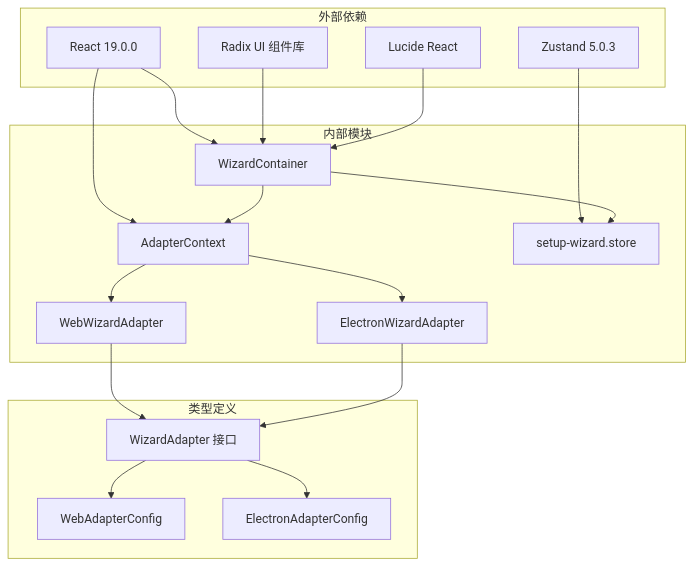
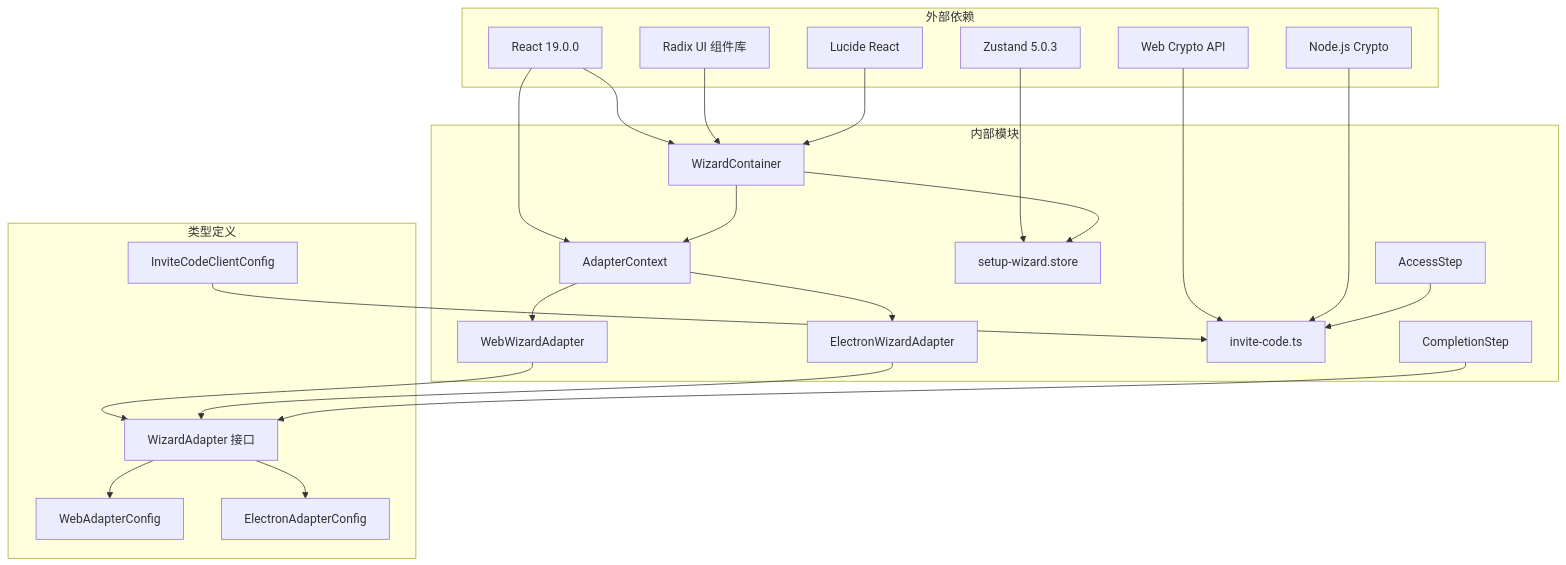
One commit to verse-ai-org/openclaw changed the ninth of 9 diagrams in .qoder/repowiki/zh/content/设置向导适配器.md. Above: the diagram before and after it, drawn with Mermaid. The commit also changed other lines of this file and 24 other files, not shown here.

````diff
--- a/.qoder/repowiki/zh/content/设置向导适配器.md
+++ b/.qoder/repowiki/zh/content/设置向导适配器.md
@@ -316,34 +428,45 @@
 ```mermaid
 graph TB
 subgraph "外部依赖"
 A[React 19.0.0]
 B[Radix UI 组件库]
 C[Zustand 5.0.3]
 D[Lucide React]
+E[Web Crypto API]
+F[Node.js Crypto]
 end
 subgraph "内部模块"
-E[AdapterContext]
-F[WebWizardAdapter]
-G[ElectronWizardAdapter]
-H[WizardContainer]
-I[setup-wizard.store]
+G[AdapterContext]
+H[WebWizardAdapter]
+I[ElectronWizardAdapter]
+J[WizardContainer]
+K[setup-wizard.store]
+L[invite-code.ts]
+M[AccessStep]
+N[CompletionStep]
 end
 subgraph "类型定义"
-J[WizardAdapter 接口]
-K[WebAdapterConfig]
-L[ElectronAdapterConfig]
+O[WizardAdapter 接口]
+P[WebAdapterConfig]
+Q[ElectronAdapterConfig]
+R[InviteCodeClientConfig]
 end
-A --> E
-A --> H
-B --> H
-C --> I
-D --> H
-E --> F
-E --> G
-F --> J
-G --> J
-H --> I
-H --> E
+A --> G
+A --> J
+B --> J
+C --> K
+D --> J
+E --> L
+F --> L
+G --> H
+G --> I
+H --> O
+I --> O
 J --> K
-J --> L
+J --> G
+M --> L
+N --> O
+O --> P
+O --> Q
+R --> L
 ```
````
